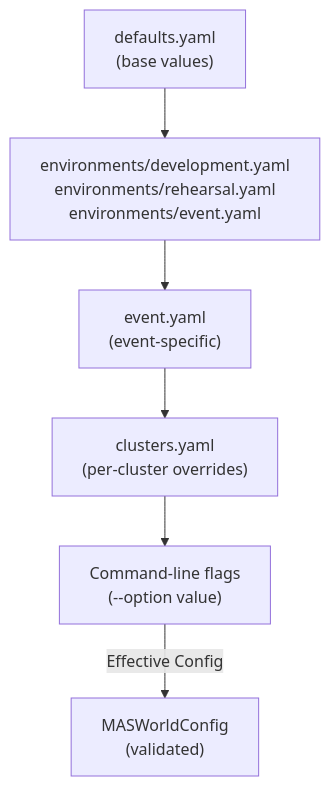
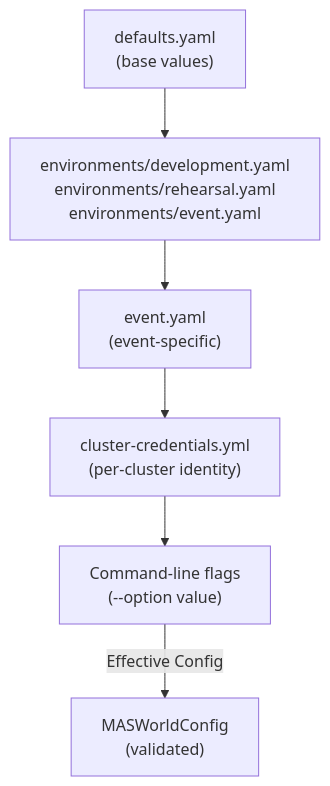
Before and after one commit to rh-fran6/mas-word: the second of 9 diagrams in docs/technical-design.md, drawn with Mermaid. The commit also changed other lines of this file and 460 other files, not shown here.

````diff
--- a/docs/technical-design.md
+++ b/docs/technical-design.md
@@ -83,15 +83,15 @@
 ```mermaid
 graph TB
     DEFAULTS["defaults.yaml<br/>(base values)"]
     ENV["environments/development.yaml<br/>environments/rehearsal.yaml<br/>environments/event.yaml"]
     EVENT["event.yaml<br/>(event-specific)"]
-    CLUSTER["clusters.yaml<br/>(per-cluster overrides)"]
+    CLUSTER["cluster-credentials.yml<br/>(per-cluster identity)"]
     CMDLINE["Command-line flags<br/>(--option value)"]
 
     DEFAULTS --> ENV
     ENV --> EVENT
     EVENT --> CLUSTER
     CLUSTER --> CMDLINE
 
     CMDLINE -->|"Effective Config"| RESULT["MASWorldConfig<br/>(validated)"]
 ```
````
